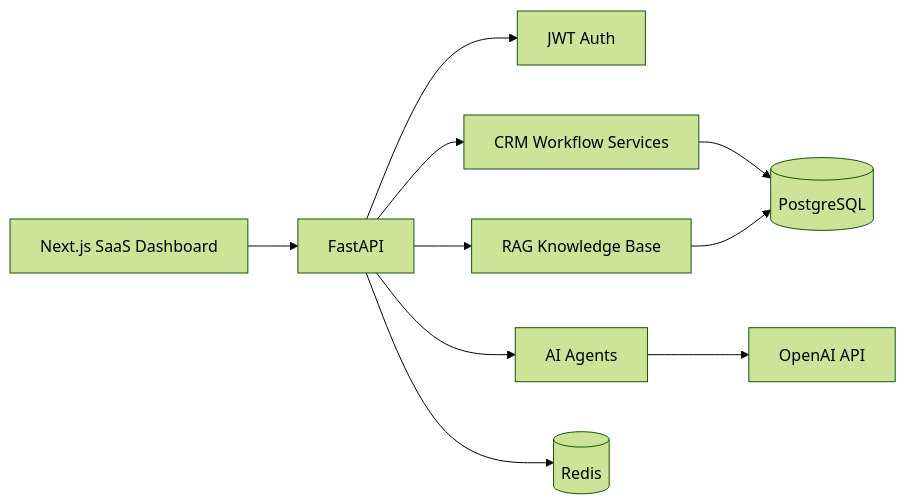
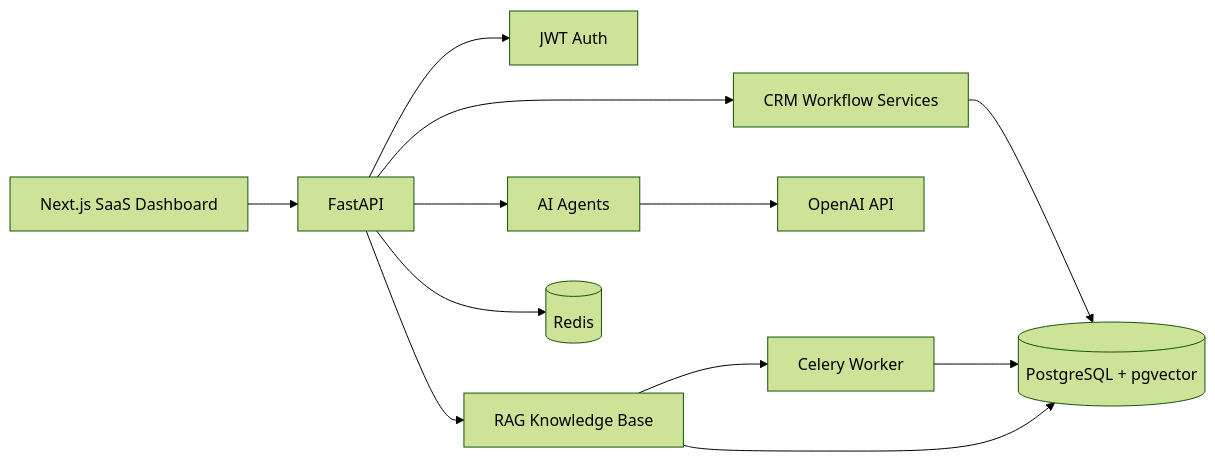
Before and after one commit to lukemadeit09/leadpilot-ai: the diagram in README.md, drawn with Mermaid (forest theme). The commit also changed other lines of this file and 15 other files, not shown here.

````diff
--- a/README.md
+++ b/README.md
@@ -34,12 +34,14 @@
 ```mermaid
 flowchart LR
   UI[Next.js SaaS Dashboard] --> API[FastAPI]
   API --> Auth[JWT Auth]
   API --> CRM[CRM Workflow Services]
-  CRM --> DB[(PostgreSQL)]
+  CRM --> DB[(PostgreSQL + pgvector)]
   API --> Agents[AI Agents]
   Agents --> OpenAI[OpenAI API]
   API --> KB[RAG Knowledge Base]
+  KB --> Worker[Celery Worker]
+  Worker --> DB
   KB --> DB
   API --> Redis[(Redis)]
 ```
````
